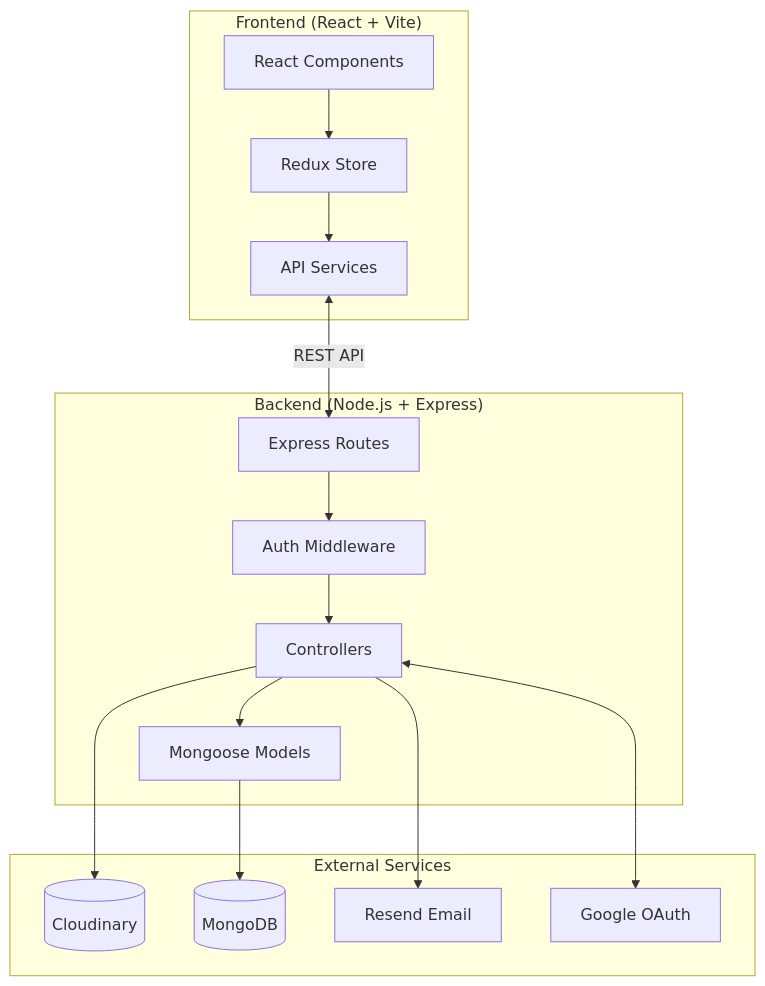
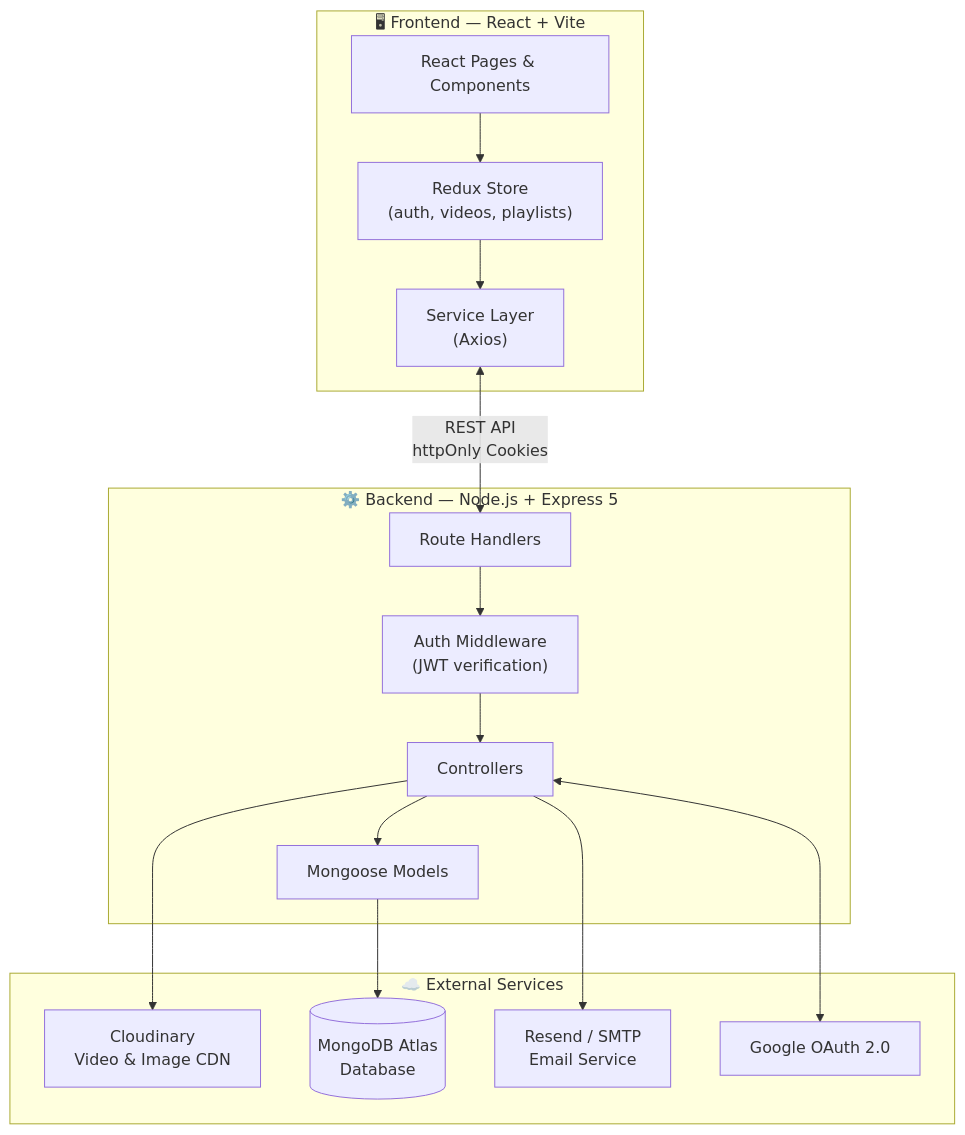
One commit to Makwana-Nikunj/b changed the first of 4 diagrams in README.md. Above: the diagram before and after it, drawn with Mermaid. The commit also changed other lines of this file and 1 other file, not shown here.

````diff
--- a/README.md
+++ b/README.md
@@ -42,30 +116,30 @@
 ```mermaid
 flowchart TB
-    subgraph Frontend["Frontend (React + Vite)"]
-        UI[React Components]
-        Redux[Redux Store]
-        Services[API Services]
+    subgraph Client["🖥 Frontend — React + Vite"]
+        UI["React Pages & Components"]
+        Redux["Redux Store<br/>(auth, videos, playlists)"]
+        Services["Service Layer<br/>(Axios)"]
+        UI --> Redux --> Services
     end
-    
-    subgraph Backend["Backend (Node.js + Express)"]
-        Routes[Express Routes]
-        Controllers[Controllers]
-        Middleware[Auth Middleware]
-        Models[Mongoose Models]
+
+    subgraph Server["⚙️ Backend — Node.js + Express 5"]
+        Routes["Route Handlers"]
+        Auth["Auth Middleware<br/>(JWT verification)"]
+        Controllers["Controllers"]
+        Models["Mongoose Models"]
+        Routes --> Auth --> Controllers --> Models
     end
-    
-    subgraph External["External Services"]
-        Cloudinary[(Cloudinary)]
-        MongoDB[(MongoDB)]
-        Resend[Resend Email]
-        Google[Google OAuth]
+
+    subgraph Cloud["☁️ External Services"]
+        Cloudinary["Cloudinary<br/>Video & Image CDN"]
+        MongoDB[("MongoDB Atlas<br/>Database")]
+        SMTP["Resend / SMTP<br/>Email Service"]
+        Google["Google OAuth 2.0"]
     end
-    
-    UI --> Redux --> Services
-    Services <-->|REST API| Routes
-    Routes --> Middleware --> Controllers
-    Controllers --> Models --> MongoDB
+
+    Services <-->|"REST API<br/>httpOnly Cookies"| Routes
+    Models --> MongoDB
     Controllers --> Cloudinary
-    Controllers --> Resend
+    Controllers --> SMTP
     Controllers <--> Google
 ```
````
